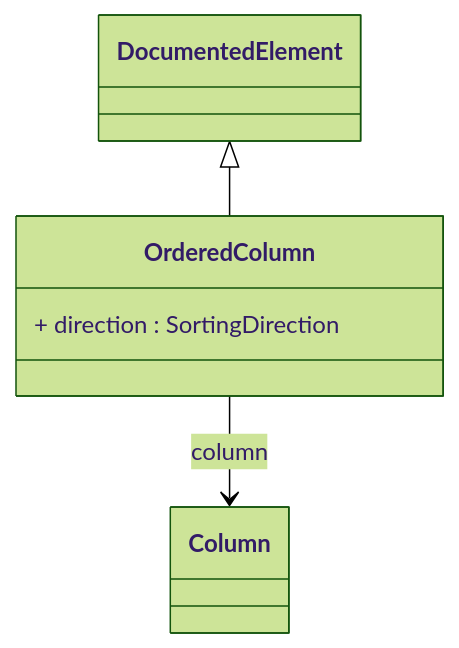
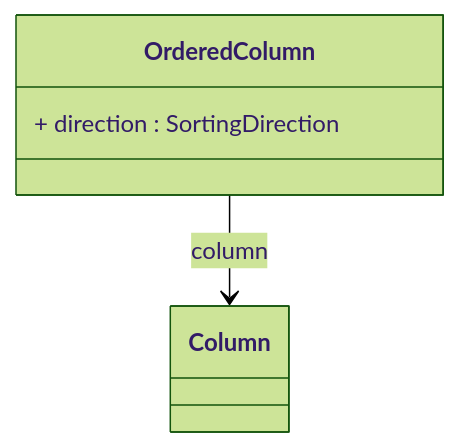
Before and after one commit to eclipse-daanse/eclipse-daanse.github.io: the diagram in docs/cubeserver/model/class-OrderedColumn.md, drawn with Mermaid (forest theme). The commit also changed other lines of this file and 138 other files, not shown here.

````diff
--- a/docs/cubeserver/model/class-OrderedColumn.md
+++ b/docs/cubeserver/model/class-OrderedColumn.md
@@ -76,10 +77,10 @@
 ```mermaid
 classDiagram
   class OrderedColumn {
     + direction : SortingDirection
   }
 
-  DocumentedElement <|-- OrderedColumn
+
   OrderedColumn --> Column : column
 
 ```
````
